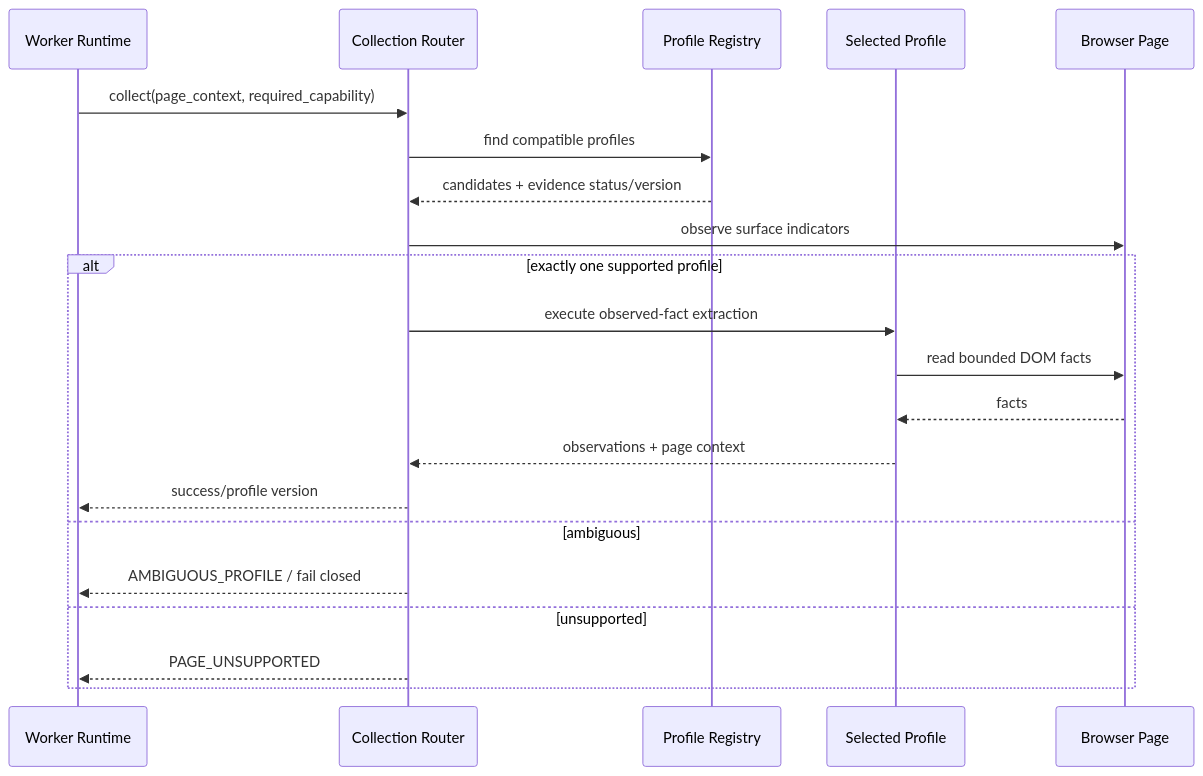
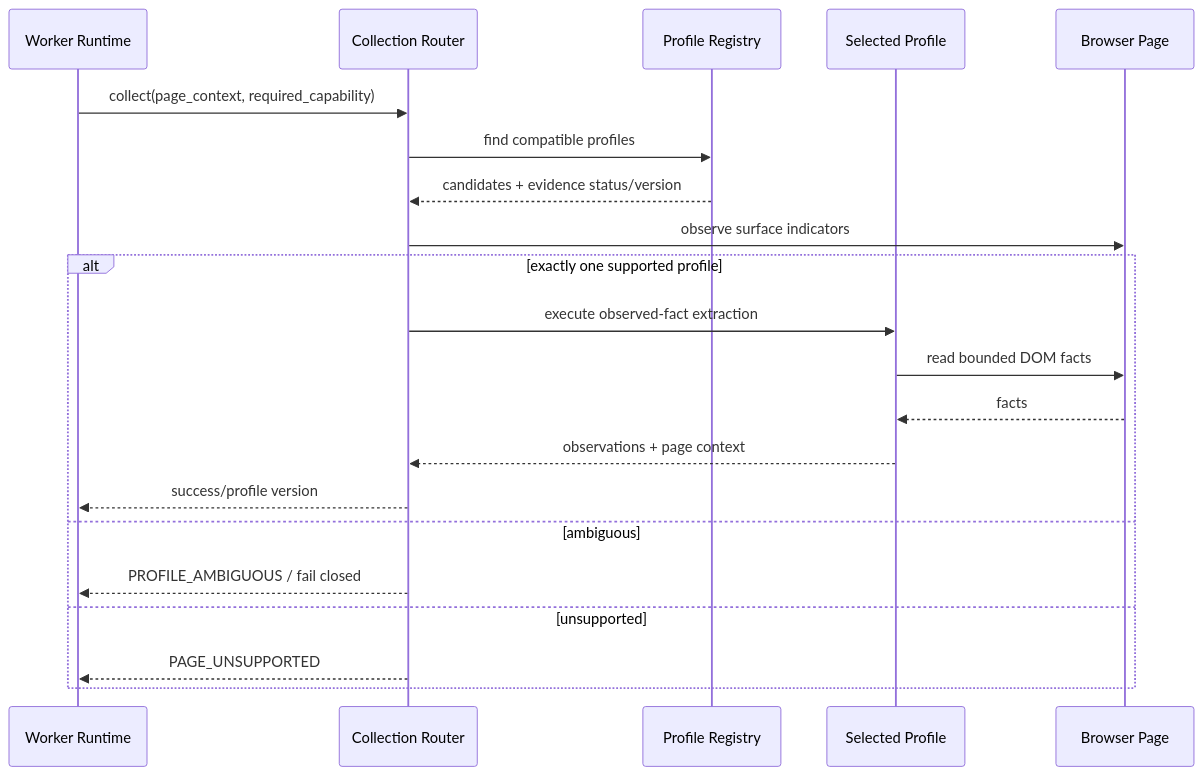
Before and after one commit to idev006/MTAffiliatePlatform: the tenth of 27 diagrams in docs/affiliate-platform/PROGRAM1_UML_AND_RUNTIME_DIAGRAMS.md, drawn with Mermaid. The commit also changed other lines of this file and 1 other file, not shown here.

Commit message:
docs(program1): map use cases to runtime sequences and evidence

````diff
--- a/docs/affiliate-platform/PROGRAM1_UML_AND_RUNTIME_DIAGRAMS.md
+++ b/docs/affiliate-platform/PROGRAM1_UML_AND_RUNTIME_DIAGRAMS.md
@@ -266,24 +266,24 @@
 ```mermaid
 sequenceDiagram
   participant BW as Worker Runtime
   participant R as Collection Router
   participant REG as Profile Registry
   participant P as Selected Profile
   participant PAGE as Browser Page
 
   BW->>R: collect(page_context, required_capability)
   R->>REG: find compatible profiles
   REG-->>R: candidates + evidence status/version
   R->>PAGE: observe surface indicators
   alt exactly one supported profile
     R->>P: execute observed-fact extraction
     P->>PAGE: read bounded DOM facts
     PAGE-->>P: facts
     P-->>R: observations + page context
     R-->>BW: success/profile version
   else ambiguous
-    R-->>BW: AMBIGUOUS_PROFILE / fail closed
+    R-->>BW: PROFILE_AMBIGUOUS / fail closed
   else unsupported
     R-->>BW: PAGE_UNSUPPORTED
   end
 ```
````
